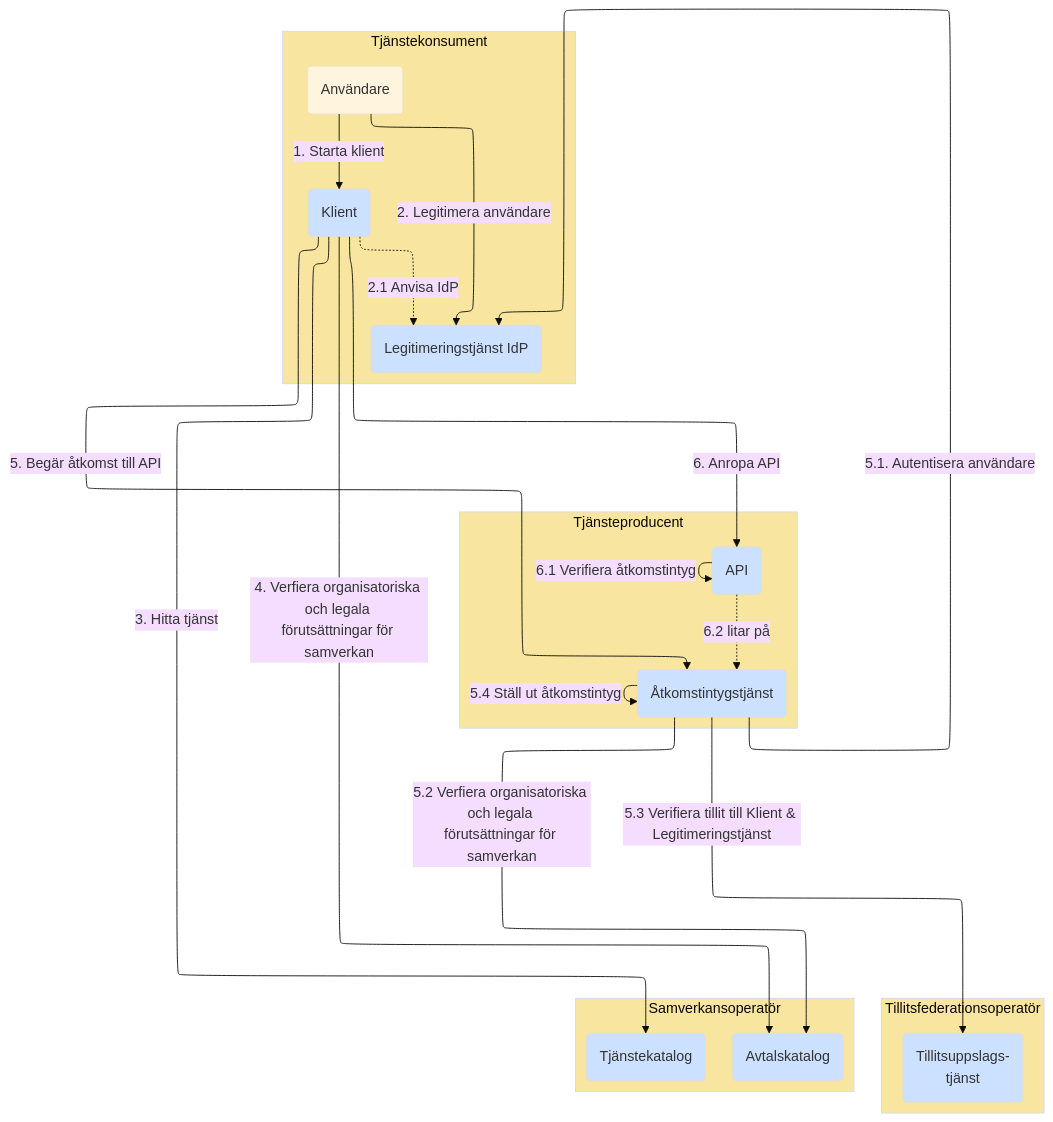
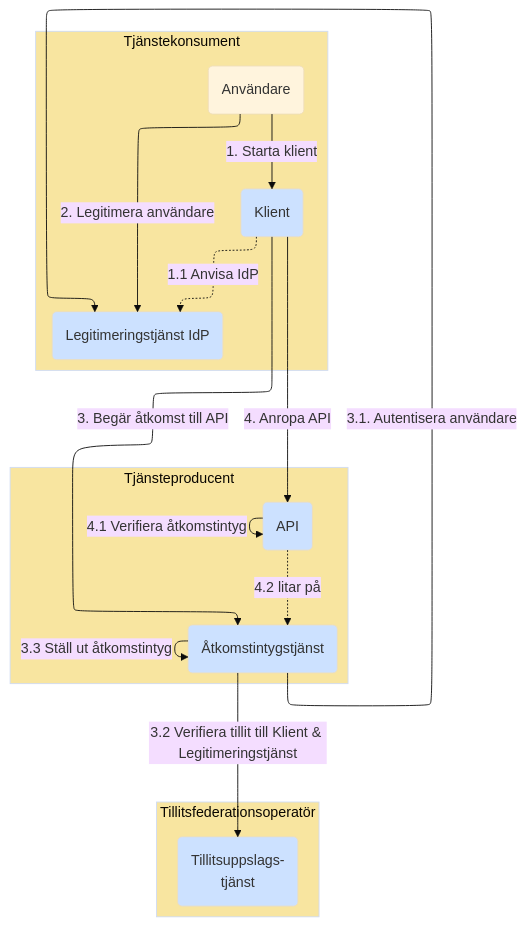
One commit to diggsweden/ena-authorization changed the fifth of 10 diagrams in architecture/drafts/IAM_TargetArchitecture_Sweden.md. Above: the diagram before and after it, drawn with Mermaid (base theme). The commit also changed other lines of this file, not shown here.

````diff
--- a/architecture/drafts/IAM_TargetArchitecture_Sweden.md
+++ b/architecture/drafts/IAM_TargetArchitecture_Sweden.md
@@ -165,46 +168,36 @@
 ```mermaid
 %%{init: {"flowchart": {"defaultRenderer": "elk"}} }%%
 graph 
 classDef org fill:#F8E5A0
 classDef comp fill:#CCE1FF
 classDef box fill:#ffffff,stroke:#000000
 
 subgraph po[Tjänsteproducent]
     p(API):::comp
     as(Åtkomstintygstjänst):::comp
 end
 po:::org
 
 subgraph ss[Tillitsfederationsoperatör]
     t(Tillitsuppslags-<br>tjänst):::comp
 end
 ss:::org
 
-subgraph so[Samverkansoperatör]
-    tk(Tjänstekatalog):::comp
-    ak(Avtalskatalog):::comp
-end
-so:::org
-
 subgraph co[Tjänstekonsument]
     idp(Legitimeringstjänst IdP):::comp
     u(Användare)
     c(Klient):::comp
 end
 co:::org
-co & po~~~so & ss
 
 u--<p>1. Starta klient-->c
+c-.1#46;1 Anvisa IdP.->idp
 u--<p>2. Legitimera användare-->idp
-c-.2#46;1 Anvisa IdP.->idp
-c--<p>3. Hitta tjänst-->tk
-c--<p>4. Verfiera organisatoriska och legala <br>förutsättningar för samverkan-->ak
-c--<p>5. Begär åtkomst till API-->as
-as--<p>5.1. Autentisera användare-->idp 
-as--<p>5.2 Verfiera organisatoriska och legala <br>förutsättningar för samverkan-->ak
-as--<p>5.3 Verifiera tillit till Klient & Legitimeringstjänst-->t
-as--<p>5.4 Ställ ut åtkomstintyg-->as
-c--<p>6. Anropa API-->p
-p--<p>6.1 Verifiera åtkomstintyg-->p
-p-.6#46;2 litar på.->as
+c--<p>3. Begär åtkomst till API-->as
+as--<p>3.1. Autentisera användare-->idp 
+as--<p>3.2 Verifiera tillit till Klient & Legitimeringstjänst-->t
+as--<p>3.3 Ställ ut åtkomstintyg-->as
+c--<p>4. Anropa API-->p
+p--<p>4.1 Verifiera åtkomstintyg-->p
+p-.4#46;2 litar på.->as
 ```
````
